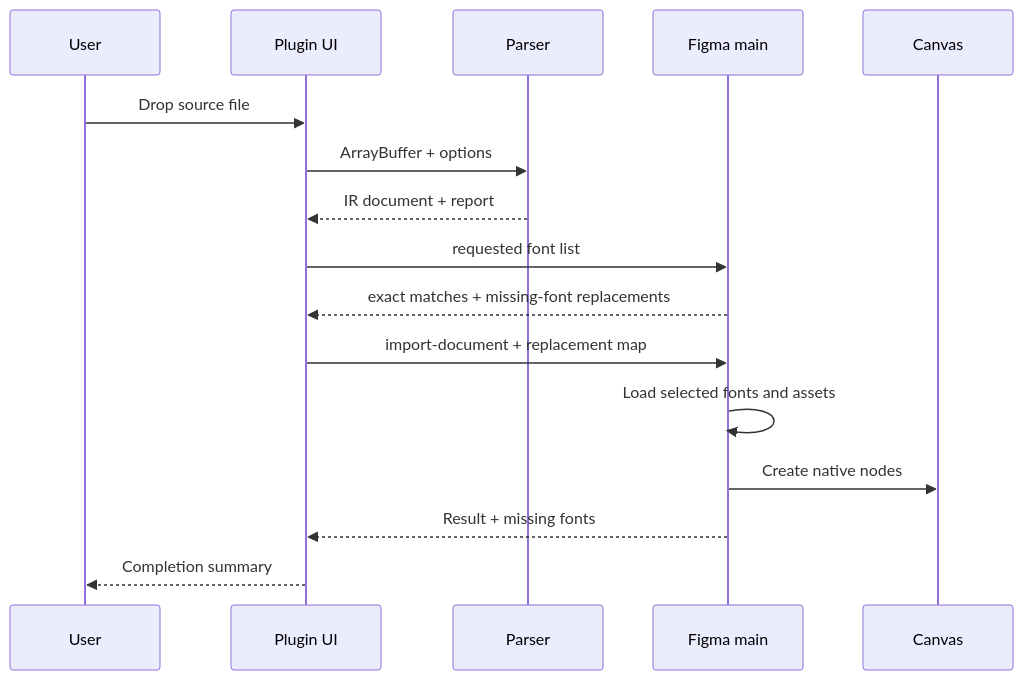
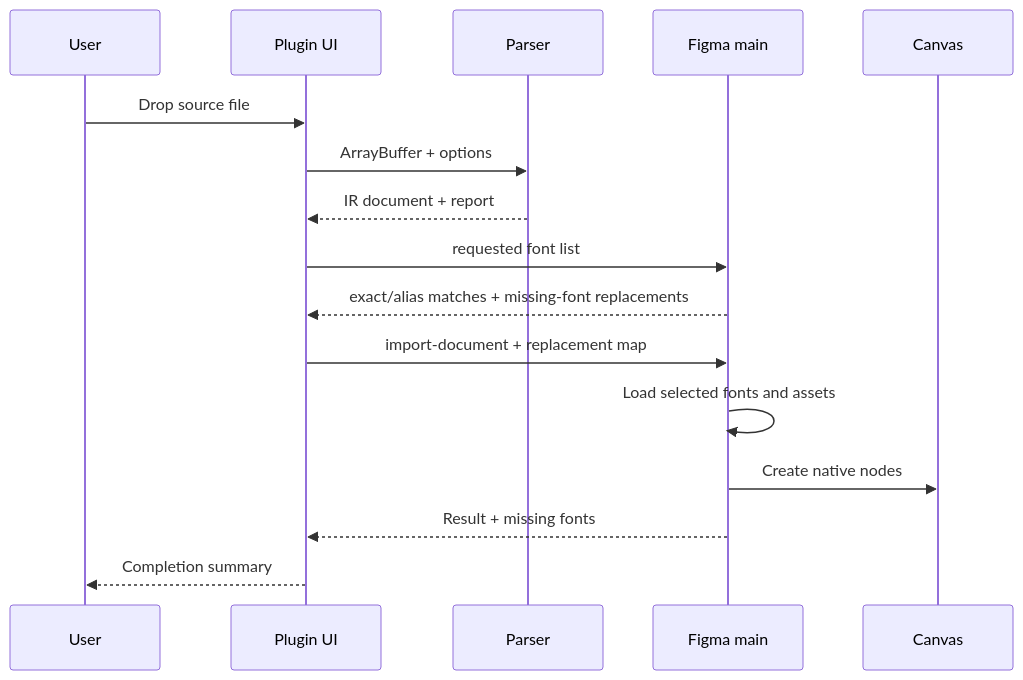
One commit to FishXIN/easy-to-figma changed the second of 2 diagrams in docs/architecture.md. Above: the diagram before and after it, drawn with Mermaid. The commit also changed other lines of this file and 18 other files, not shown here.

````diff
--- a/docs/architecture.md
+++ b/docs/architecture.md
@@ -56,19 +56,19 @@
 ```mermaid
 sequenceDiagram
   participant U as User
   participant UI as Plugin UI
   participant P as Parser
   participant M as Figma main
   participant C as Canvas
 
   U->>UI: Drop source file
   UI->>P: ArrayBuffer + options
   P-->>UI: IR document + report
   UI->>M: requested font list
-  M-->>UI: exact matches + missing-font replacements
+  M-->>UI: exact/alias matches + missing-font replacements
   UI->>M: import-document + replacement map
   M->>M: Load selected fonts and assets
   M->>C: Create native nodes
   M-->>UI: Result + missing fonts
   UI-->>U: Completion summary
 ```
````
